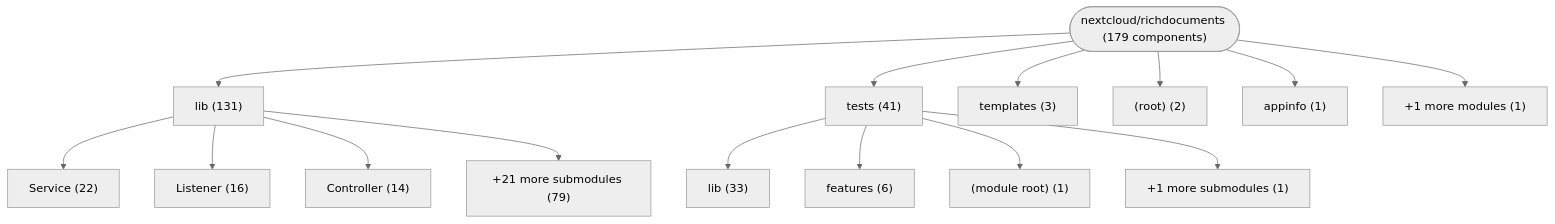
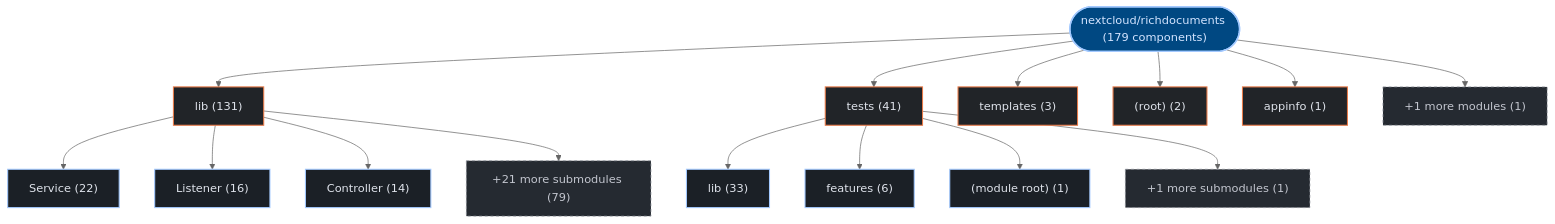
One commit to kumarshaz/atruss-code-atlas changed the first of 3 diagrams in exports/latest/reports/nextcloud-richdocuments-report.md. Above: the diagram before and after it, drawn with Mermaid (neutral theme). The commit also changed other lines of this file and 331 other files, not shown here.

Commit message:
docs,ui,fix: update SDLC docs, reorder CI/CD DAG first, stylize Mermaid, and fix Arc42 pipeline topology

````diff
--- a/exports/latest/reports/nextcloud-richdocuments-report.md
+++ b/exports/latest/reports/nextcloud-richdocuments-report.md
@@ -42,32 +42,39 @@
 ```mermaid
 graph TD;
-    repo_root(["nextcloud/richdocuments (179 components)"])
-    dir_0_lib["lib (131)"]
+  classDef atlasRoot fill:#004882,stroke:#a3c9ff,stroke-width:2px,color:#d3e4ff
+  classDef atlasCategory fill:#212428,stroke:#E87A48,stroke-width:1.5px,color:#dfe3eb
+  classDef atlasWorkflow fill:#1b2026,stroke:#a3c9ff,stroke-width:1.5px,color:#dfe3eb
+  classDef atlasJob fill:#171c22,stroke:#8d9199,stroke-width:1px,color:#dfe3eb
+  classDef atlasTarget fill:#005227,stroke:#8bd99b,stroke-width:1.5px,color:#a7f6b6
+  classDef atlasAlert fill:#93000a,stroke:#ffb4ab,stroke-width:1.5px,color:#ffdad6
+  classDef atlasMore fill:#252a31,stroke:#8d9199,stroke-dasharray:4 4,color:#c3c6cf
+    repo_root(["nextcloud/richdocuments (179 components)"]):::atlasRoot
+    dir_0_lib["lib (131)"]:::atlasCategory
     repo_root --> dir_0_lib
-    sub_0_0_Service["Service (22)"]
+    sub_0_0_Service["Service (22)"]:::atlasWorkflow
     dir_0_lib --> sub_0_0_Service
-    sub_0_1_Listener["Listener (16)"]
+    sub_0_1_Listener["Listener (16)"]:::atlasWorkflow
     dir_0_lib --> sub_0_1_Listener
-    sub_0_2_Controller["Controller (14)"]
+    sub_0_2_Controller["Controller (14)"]:::atlasWorkflow
     dir_0_lib --> sub_0_2_Controller
-    sub_0_more["+21 more submodules (79)"]
+    sub_0_more["+21 more submodules (79)"]:::atlasMore
     dir_0_lib --> sub_0_more
-    dir_1_tests["tests (41)"]
+    dir_1_tests["tests (41)"]:::atlasCategory
     repo_root --> dir_1_tests
-    sub_1_0_lib["lib (33)"]
+    sub_1_0_lib["lib (33)"]:::atlasWorkflow
     dir_1_tests --> sub_1_0_lib
-    sub_1_1_features["features (6)"]
+    sub_1_1_features["features (6)"]:::atlasWorkflow
     dir_1_tests --> sub_1_1_features
-    sub_1_2__module_root_["(module root) (1)"]
+    sub_1_2__module_root_["(module root) (1)"]:::atlasWorkflow
     dir_1_tests --> sub_1_2__module_root_
-    sub_1_more["+1 more submodules (1)"]
+    sub_1_more["+1 more submodules (1)"]:::atlasMore
     dir_1_tests --> sub_1_more
-    dir_2_templates["templates (3)"]
+    dir_2_templates["templates (3)"]:::atlasCategory
     repo_root --> dir_2_templates
-    dir_3__root_["(root) (2)"]
+    dir_3__root_["(root) (2)"]:::atlasCategory
     repo_root --> dir_3__root_
-    dir_4_appinfo["appinfo (1)"]
+    dir_4_appinfo["appinfo (1)"]:::atlasCategory
     repo_root --> dir_4_appinfo
-    dir_other_modules["+1 more modules (1)"]
+    dir_other_modules["+1 more modules (1)"]:::atlasMore
     repo_root --> dir_other_modules
 ```
````
